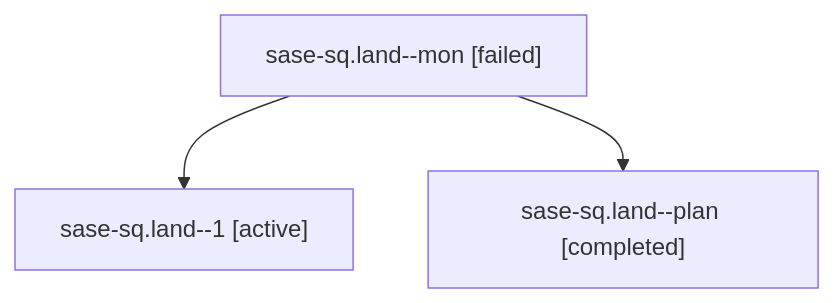
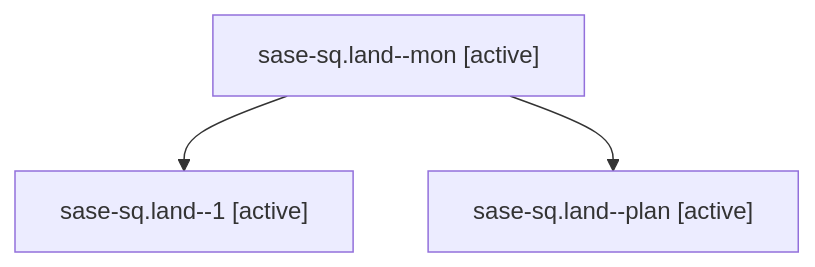
One commit to sase-org/sase--agents changed the diagram in families/bbugyi200.athena.sase-sq.land.md. Above: the diagram before and after it, drawn with Mermaid. The commit also changed other lines of this file and 35830 other files, not shown here.

````diff
--- a/families/bbugyi200.athena.sase-sq.land.md
+++ b/families/bbugyi200.athena.sase-sq.land.md
@@ -9,8 +9,8 @@
 ```mermaid
 flowchart TD
-  n0["sase-sq.land--mon [failed]"]
+  n0["sase-sq.land--mon [active]"]
   n1["sase-sq.land--1 [active]"]
   n0 --> n1
-  n2["sase-sq.land--plan [completed]"]
+  n2["sase-sq.land--plan [active]"]
   n0 --> n2
 ```
````
